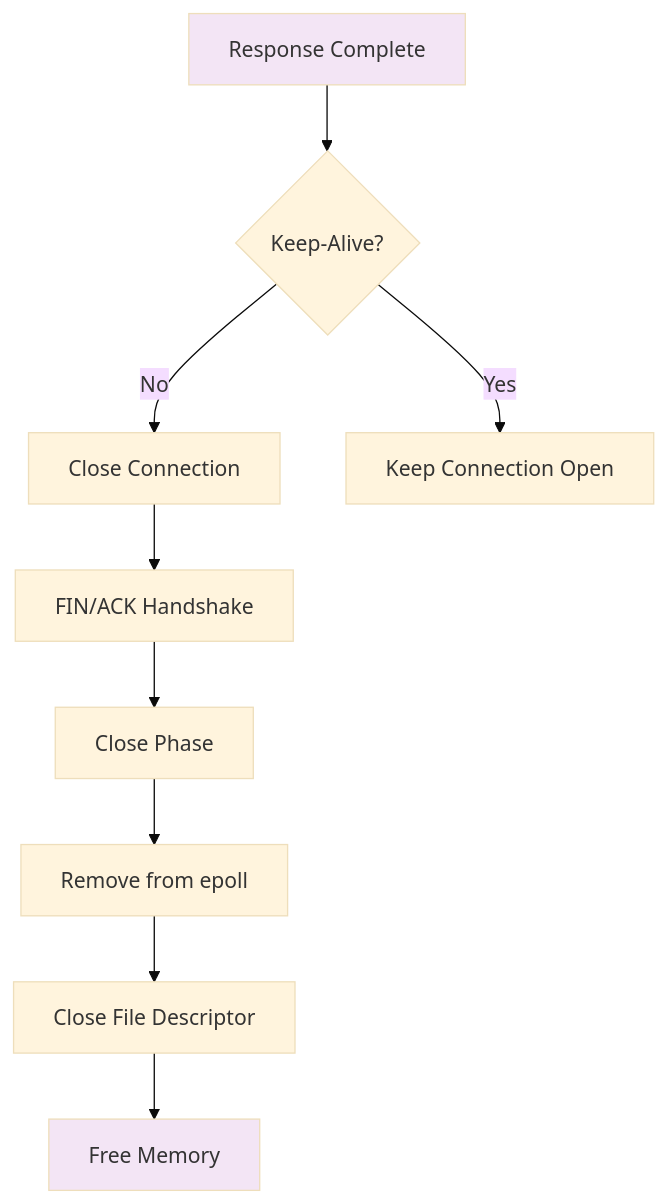
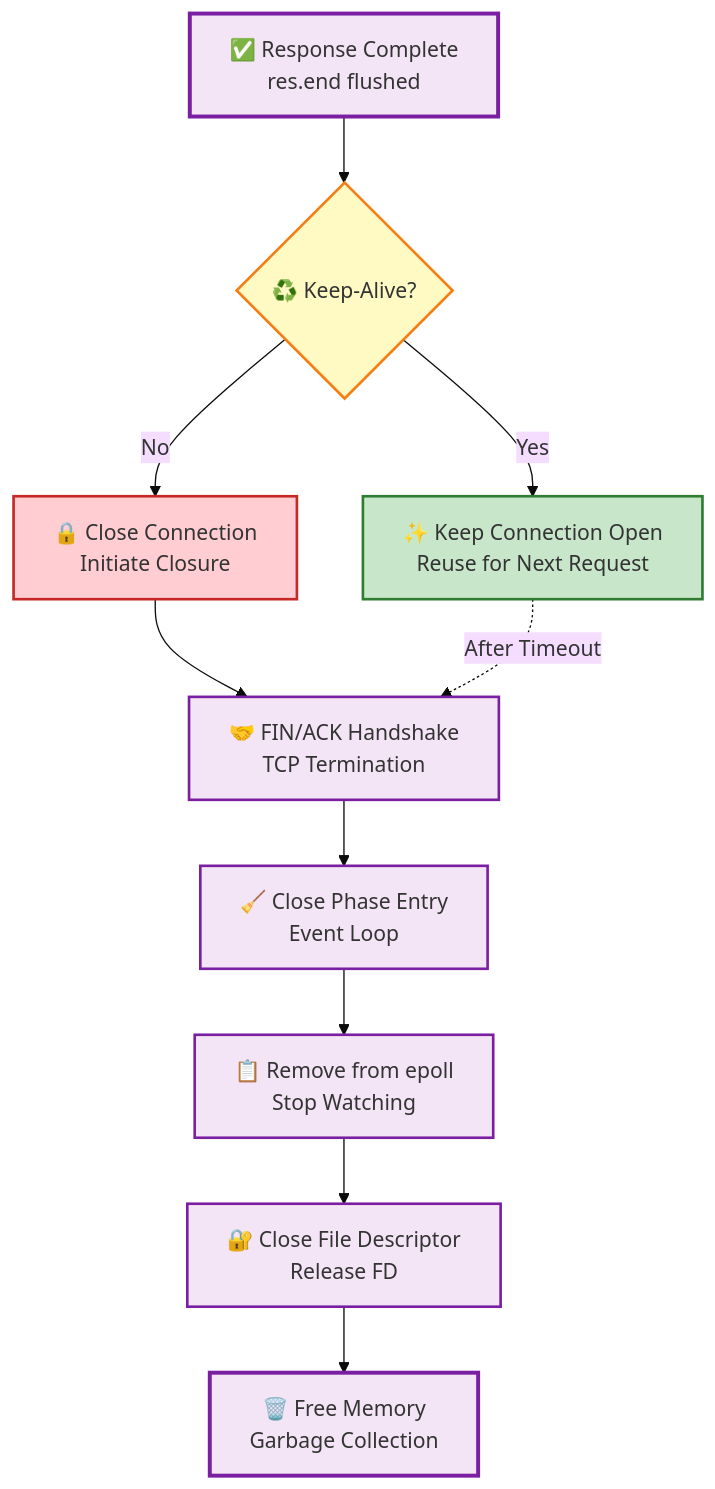
The seventh of 9 diagrams in Nodejs/http-request-lifecycle-diagram.md (rkgiitkgp/study-material), drawn with Mermaid (base theme) before and after one commit. The commit also changed other lines of this file and 1 other file, not shown here.

Commit message:
beautify mermaid flow diagram http request cycle

````diff
--- a/Nodejs/http-request-lifecycle-diagram.md
+++ b/Nodejs/http-request-lifecycle-diagram.md
@@ -138,14 +167,22 @@
 ```mermaid
 flowchart TD
-    A[Response Complete] --> B{Keep-Alive?}
-    B -->|No| C[Close Connection]
-    B -->|Yes| D[Keep Connection Open]
-    C --> E[FIN/ACK Handshake]
-    E --> F[Close Phase]
-    F --> G[Remove from epoll]
-    G --> H[Close File Descriptor]
-    H --> I[Free Memory]
+    A["✅ Response Complete<br/>res.end flushed"] --> B{"♻️ Keep-Alive?"}
+    B -->|"No"| C["🔒 Close Connection<br/>Initiate Closure"]
+    B -->|"Yes"| D["✨ Keep Connection Open<br/>Reuse for Next Request"]
+    C --> E["🤝 FIN/ACK Handshake<br/>TCP Termination"]
+    D -.->|"After Timeout"| E
+    E --> F["🧹 Close Phase Entry<br/>Event Loop"]
+    F --> G["📋 Remove from epoll<br/>Stop Watching"]
+    G --> H["🔐 Close File Descriptor<br/>Release FD"]
+    H --> I["🗑️ Free Memory<br/>Garbage Collection"]
     
-    style A fill:#f3e5f5
-    style I fill:#f3e5f5
+    style A fill:#f3e5f5,stroke:#7b1fa2,stroke-width:3px
+    style B fill:#fff9c4,stroke:#f57f17,stroke-width:2px
+    style C fill:#ffcdd2,stroke:#c62828,stroke-width:2px
+    style D fill:#c8e6c9,stroke:#2e7d32,stroke-width:2px
+    style E fill:#f3e5f5,stroke:#7b1fa2,stroke-width:2px
+    style F fill:#f3e5f5,stroke:#7b1fa2,stroke-width:2px
+    style G fill:#f3e5f5,stroke:#7b1fa2,stroke-width:2px
+    style H fill:#f3e5f5,stroke:#7b1fa2,stroke-width:2px
+    style I fill:#f3e5f5,stroke:#7b1fa2,stroke-width:3px
 ```
````
